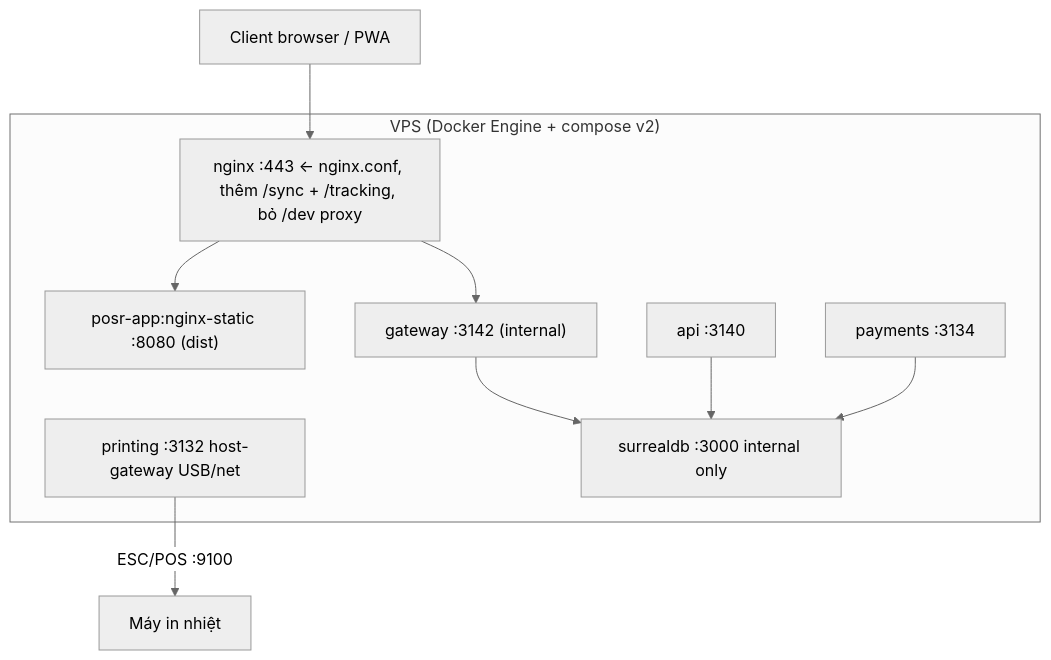
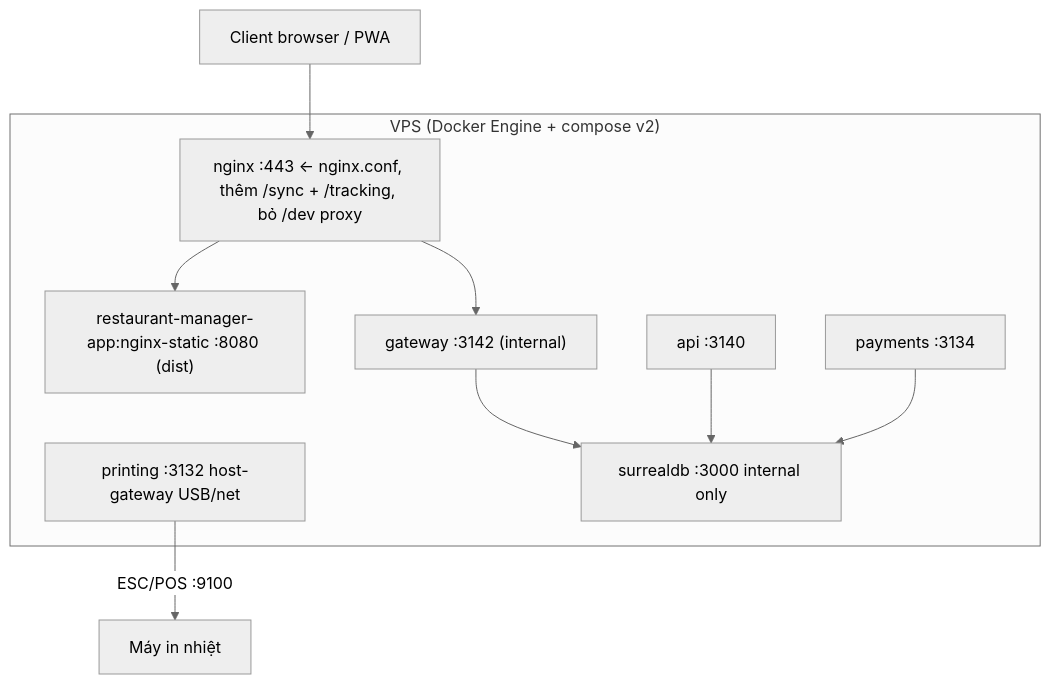
The sixth of 6 diagrams in CONSOLIDATION-PLAN.md (soncnjp181006/restaurant-manager), drawn with Mermaid (neutral theme) before and after one commit. The commit also changed other lines of this file and 210 other files, not shown here.

````diff
--- a/CONSOLIDATION-PLAN.md
+++ b/CONSOLIDATION-PLAN.md
@@ -440,19 +440,19 @@
 ```mermaid
 flowchart TB
     subgraph VPS["VPS (Docker Engine + compose v2)"]
         NG["nginx :443 ← nginx.conf, thêm /sync + /tracking, bỏ /dev proxy"]
-        APP["posr-app:nginx-static :8080 (dist)"]
+        APP["restaurant-manager-app:nginx-static :8080 (dist)"]
         GW["gateway :3142 (internal)"]
         API["api :3140"]
         PAY["payments :3134"]
         PRN["printing :3132 host-gateway USB/net"]
         DB["surrealdb :3000 internal only"]
     end
     U["Client browser / PWA"] --> NG
     NG --> APP
     NG --> GW
     GW --> DB
     API --> DB
     PAY --> DB
     PRN -->|"ESC/POS :9100"| PRT["Máy in nhiệt"]
 ```
````
